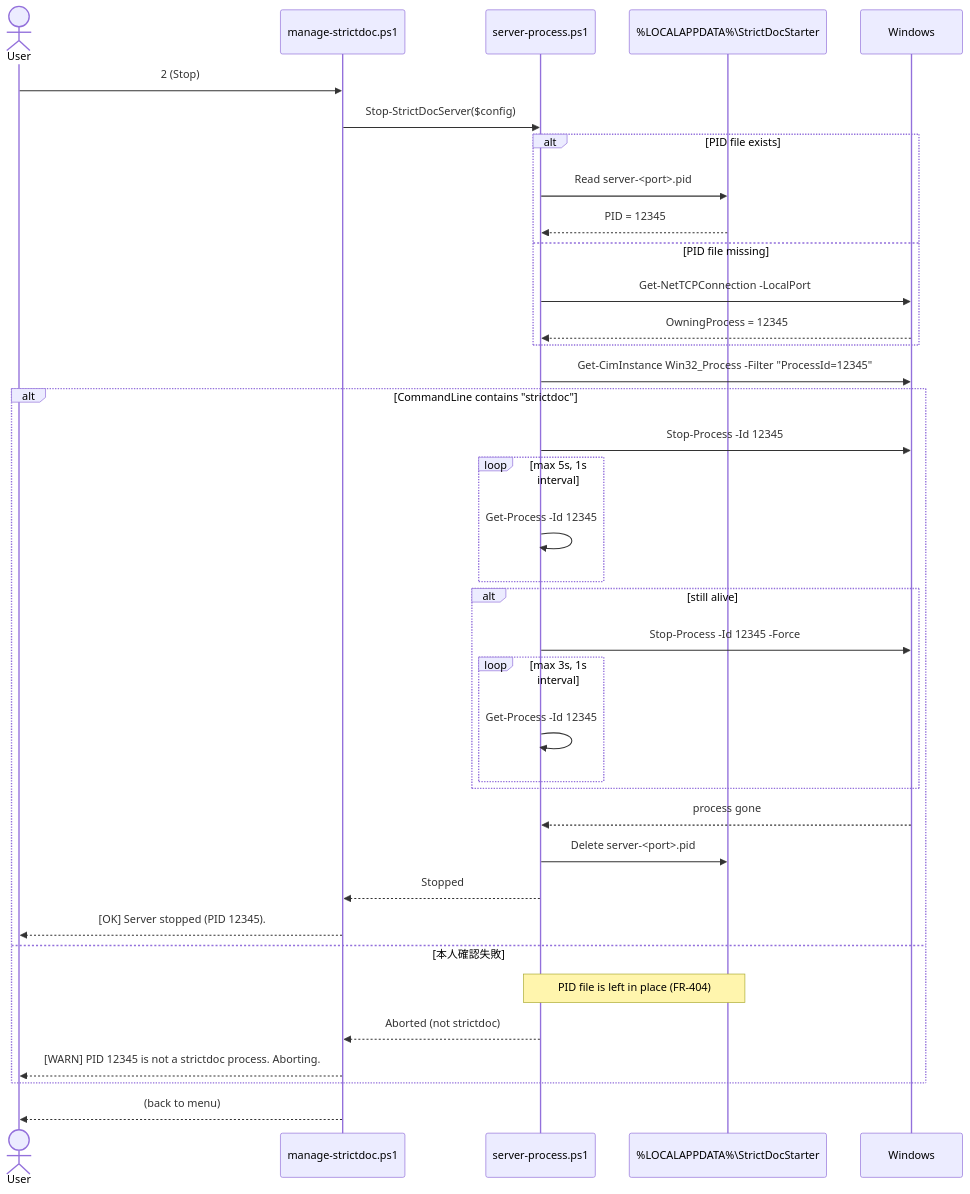
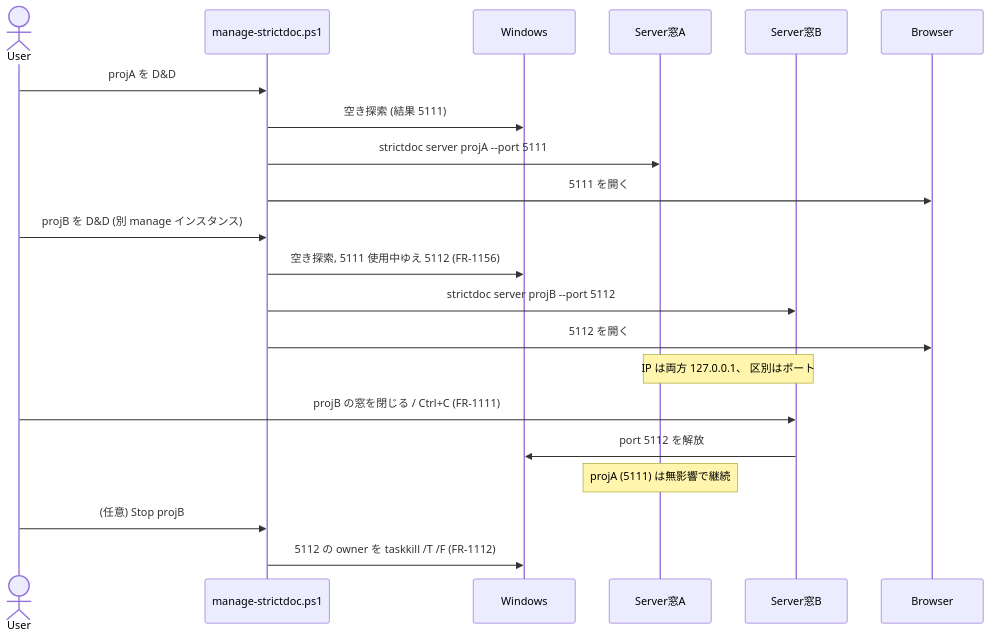
One commit to GoodRelax/StrictDocStarter changed the fourth of 6 diagrams in docs/serve-spec.md. Above: the diagram before and after it, drawn with Mermaid. The commit also changed other lines of this file, not shown here.

````diff
--- a/docs/serve-spec.md
+++ b/docs/serve-spec.md
@@ -499,40 +1215,23 @@
 ```mermaid
 sequenceDiagram
     actor User
-    participant Menu as manage-strictdoc.ps1
-    participant Proc as server-process.ps1
-    participant FS as %LOCALAPPDATA%\StrictDocStarter
+    participant M as manage-strictdoc.ps1
     participant OS as Windows
-
-    User->>Menu: 2 (Stop)
-    Menu->>Proc: Stop-StrictDocServer($config)
-    alt PID file exists
-        Proc->>FS: Read server-<port>.pid
-        FS-->>Proc: PID = 12345
-    else PID file missing
-        Proc->>OS: Get-NetTCPConnection -LocalPort
-        OS-->>Proc: OwningProcess = 12345
-    end
-    Proc->>OS: Get-CimInstance Win32_Process -Filter "ProcessId=12345"
-    alt CommandLine contains "strictdoc"
-        Proc->>OS: Stop-Process -Id 12345
-        loop max 5s, 1s interval
-            Proc->>Proc: Get-Process -Id 12345
-        end
-        alt still alive
-            Proc->>OS: Stop-Process -Id 12345 -Force
-            loop max 3s, 1s interval
-                Proc->>Proc: Get-Process -Id 12345
-            end
-        end
-        OS-->>Proc: process gone
-        Proc->>FS: Delete server-<port>.pid
-        Proc-->>Menu: Stopped
-        Menu-->>User: [OK] Server stopped (PID 12345).
-    else 本人確認失敗
-        Note over Proc,FS: PID file is left in place (FR-404)
-        Proc-->>Menu: Aborted (not strictdoc)
-        Menu-->>User: [WARN] PID 12345 is not a strictdoc process. Aborting.
-    end
-    Menu-->>User: (back to menu)
+    participant A as Server窓A
+    participant B as Server窓B
+    participant BR as Browser
+    User->>M: projA を D&D
+    M->>OS: 空き探索 (結果 5111)
+    M->>A: strictdoc server projA --port 5111
+    M->>BR: 5111 を開く
+    User->>M: projB を D&D (別 manage インスタンス)
+    M->>OS: 空き探索, 5111 使用中ゆえ 5112 (FR-1156)
+    M->>B: strictdoc server projB --port 5112
+    M->>BR: 5112 を開く
+    Note over A,B: IP は両方 127.0.0.1、 区別はポート
+    User->>B: projB の窓を閉じる / Ctrl+C (FR-1111)
+    B->>OS: port 5112 を解放
+    Note over A: projA (5111) は無影響で継続
+    User->>M: (任意) Stop projB
+    M->>OS: 5112 の owner を taskkill /T /F (FR-1112)
 ```
````
